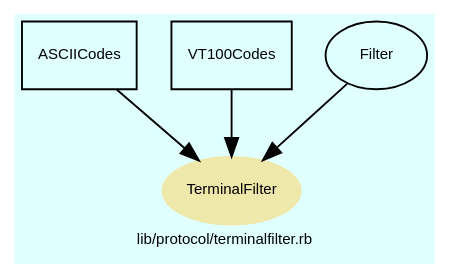
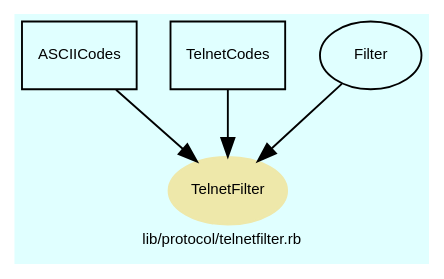
One commit to Tyche/teensymud changed the diagram in doc/dot/f_25.dot. Above: the diagram before and after it, drawn with Graphviz. The commit also changed 233 other files, not shown here.

```diff
--- a/doc/dot/f_25.dot
+++ b/doc/dot/f_25.dot
@@ -1,51 +1,51 @@
 digraph TopLevel {
     compound = true
     bgcolor = lightcyan1
     fontname = Arial
     fontsize = 8
-    label = "lib/protocol/terminalfilter.rb"
+    label = "lib/protocol/telnetfilter.rb"
     node [
         fontname = Arial,
         fontsize = 8,
         color = black
     ]
 
-    TerminalFilter [
+    TelnetFilter [
         fontcolor = black,
-        URL = "classes/TerminalFilter.html",
+        URL = "classes/TelnetFilter.html",
         shape = ellipse,
         color = palegoldenrod,
         style = filled,
-        label = "TerminalFilter"
+        label = "TelnetFilter"
     ]
 
     ASCIICodes [
         URL = "classes/ASCIICodes.html",
         shape = box,
         label = "ASCIICodes"
     ]
 
-    ASCIICodes -> TerminalFilter [
+    ASCIICodes -> TelnetFilter [
 
     ]
 
-    VT100Codes [
-        URL = "classes/VT100Codes.html",
+    TelnetCodes [
+        URL = "classes/TelnetCodes.html",
         shape = box,
-        label = "VT100Codes"
+        label = "TelnetCodes"
     ]
 
-    VT100Codes -> TerminalFilter [
+    TelnetCodes -> TelnetFilter [
 
     ]
 
     Filter [
         URL = "classes/Filter.html",
         label = "Filter"
     ]
 
-    Filter -> TerminalFilter [
+    Filter -> TelnetFilter [
 
     ]
 
 }
```
